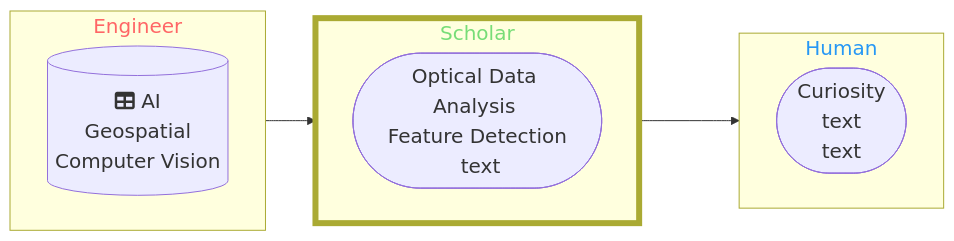
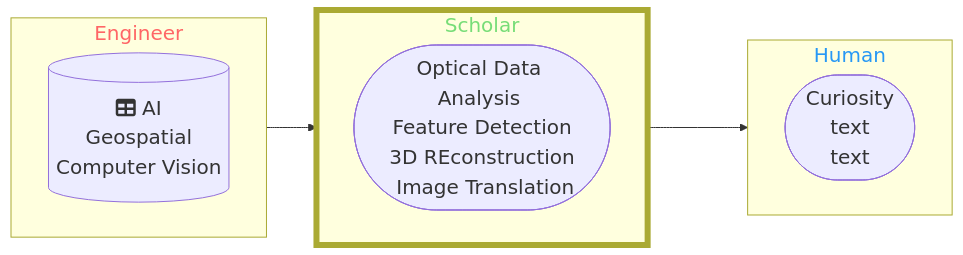
One commit to DippoldEJ/DippoldEJ changed the first of 2 diagrams in README.md. Above: the diagram before and after it, drawn with Mermaid.

````diff
--- a/README.md
+++ b/README.md
@@ -3,33 +3,33 @@
 ```mermaid
 flowchart LR;
 %%{init: {
 	'themeVariables': { 'fontSize': '20px', 'fontFamily': 'Didot'}
 	}
 }%%
 
 subgraph n[Engineer]
 direction LR;
         b[(fa:fa-table AI <br> Geospatial <br> Computer Vision)]
     end
 
 subgraph o[Scholar]
 direction LR;
-        j([Optical Data Analysis <br> Feature Detection <br> text])
+        j([Optical Data Analysis <br> Feature Detection <br> 3D REconstruction <br> Image Translation])
 
     end
 
  subgraph p[Human]
   direction LR;
     a([Curiosity <br /> text  <br />  text])
     end
 
 style n color:#f66
 style o stroke-width:6px
 style o color:#77DD77
 style p color:#2798F5
 
 
 n-->o
 o-->p
 
 ```
````
